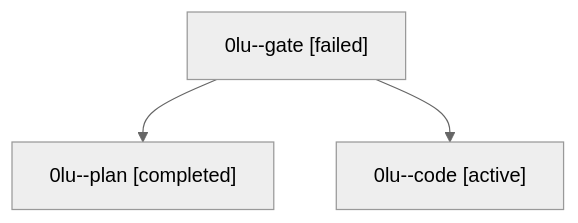
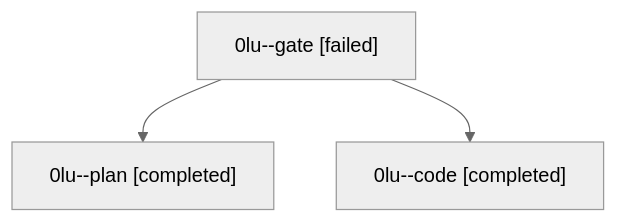
One commit to bobs-org/bob-cli--agents changed the diagram in sessions/bbugyi200.athena.0lu.md. Above: the diagram before and after it, drawn with Mermaid (neutral theme). The commit also changed other lines of this file and 11 other files, not shown here.

````diff
--- a/sessions/bbugyi200.athena.0lu.md
+++ b/sessions/bbugyi200.athena.0lu.md
@@ -9,8 +9,8 @@
 ```mermaid
 flowchart TD
   n0["0lu--gate [failed]"]
   n1["0lu--plan [completed]"]
   n0 --> n1
-  n2["0lu--code [active]"]
+  n2["0lu--code [completed]"]
   n0 --> n2
 ```
````
